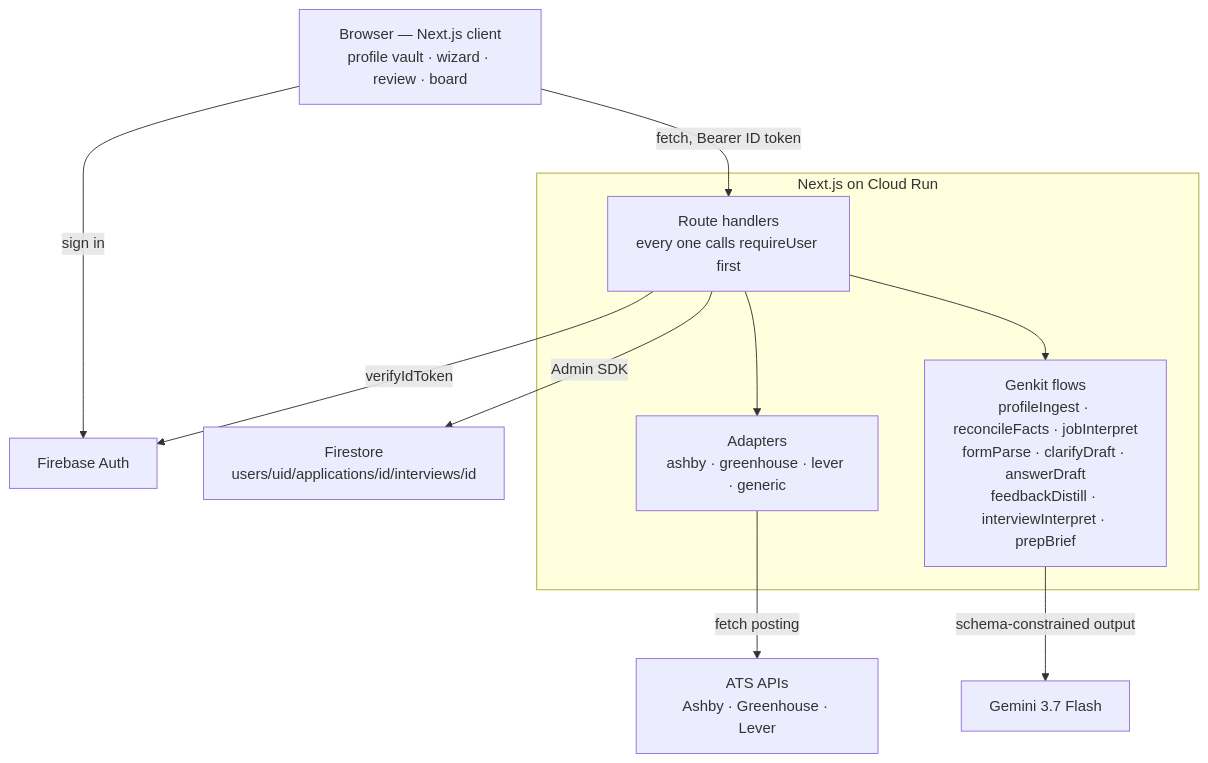
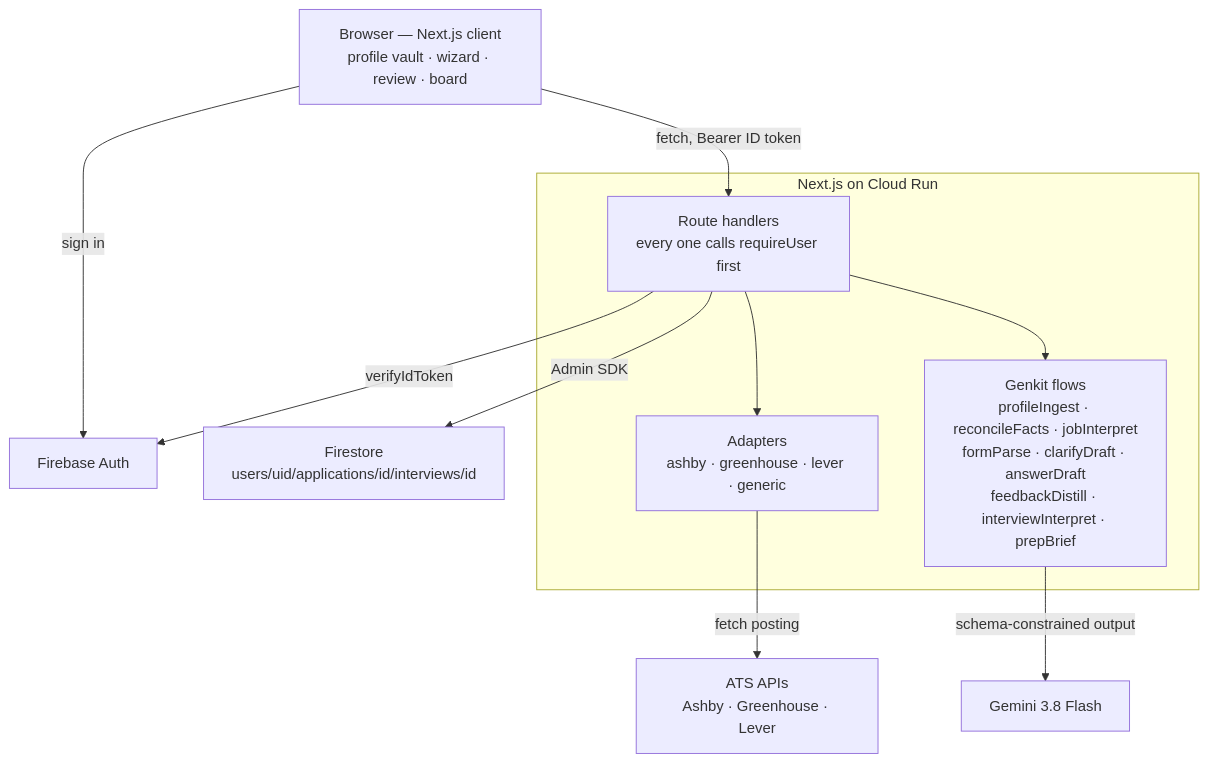
The diagram in README.md (mark24680617/find_a_job), drawn with Mermaid before and after one commit. The commit also changed other lines of this file and 63 other files, not shown here.

First line of the commit message:
Gemini 3.8 Flash, with a thinking level per flow chosen by measurement

````diff
--- a/README.md
+++ b/README.md
@@ -122,24 +122,24 @@
 ```mermaid
 flowchart TB
   UI["Browser — Next.js client<br/>profile vault · wizard · review · board"]
   AUTH["Firebase Auth"]
 
   subgraph run ["Next.js on Cloud Run"]
     API["Route handlers<br/>every one calls requireUser first"]
     ADP["Adapters<br/>ashby · greenhouse · lever · generic"]
     FLOWS["Genkit flows<br/>profileIngest · reconcileFacts · jobInterpret<br/>formParse · clarifyDraft · answerDraft<br/>feedbackDistill · interviewInterpret · prepBrief"]
   end
 
   FS["Firestore<br/>users/uid/applications/id/interviews/id"]
-  GEM["Gemini 3.7 Flash"]
+  GEM["Gemini 3.8 Flash"]
   ATS["ATS APIs<br/>Ashby · Greenhouse · Lever"]
 
   UI -->|"sign in"| AUTH
   UI -->|"fetch, Bearer ID token"| API
   API -->|"verifyIdToken"| AUTH
   API -->|"Admin SDK"| FS
   API --> ADP
   ADP -->|"fetch posting"| ATS
   API --> FLOWS
   FLOWS -->|"schema-constrained output"| GEM
 ```
````
